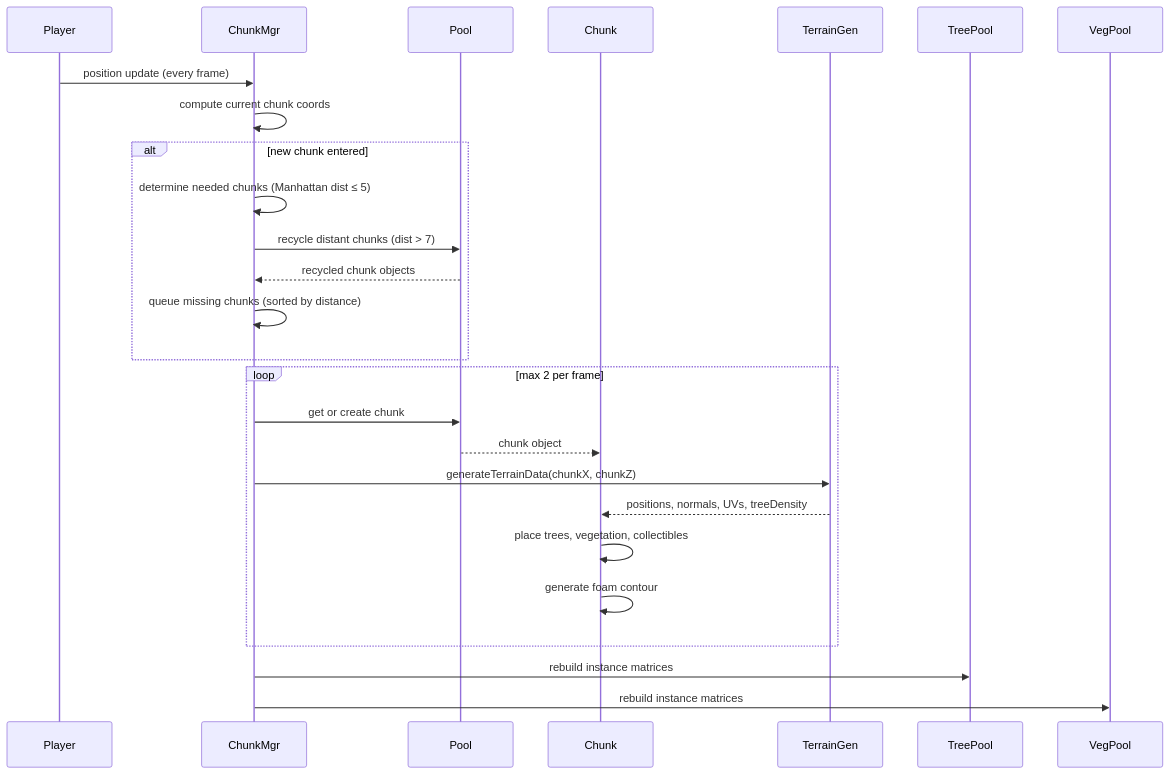
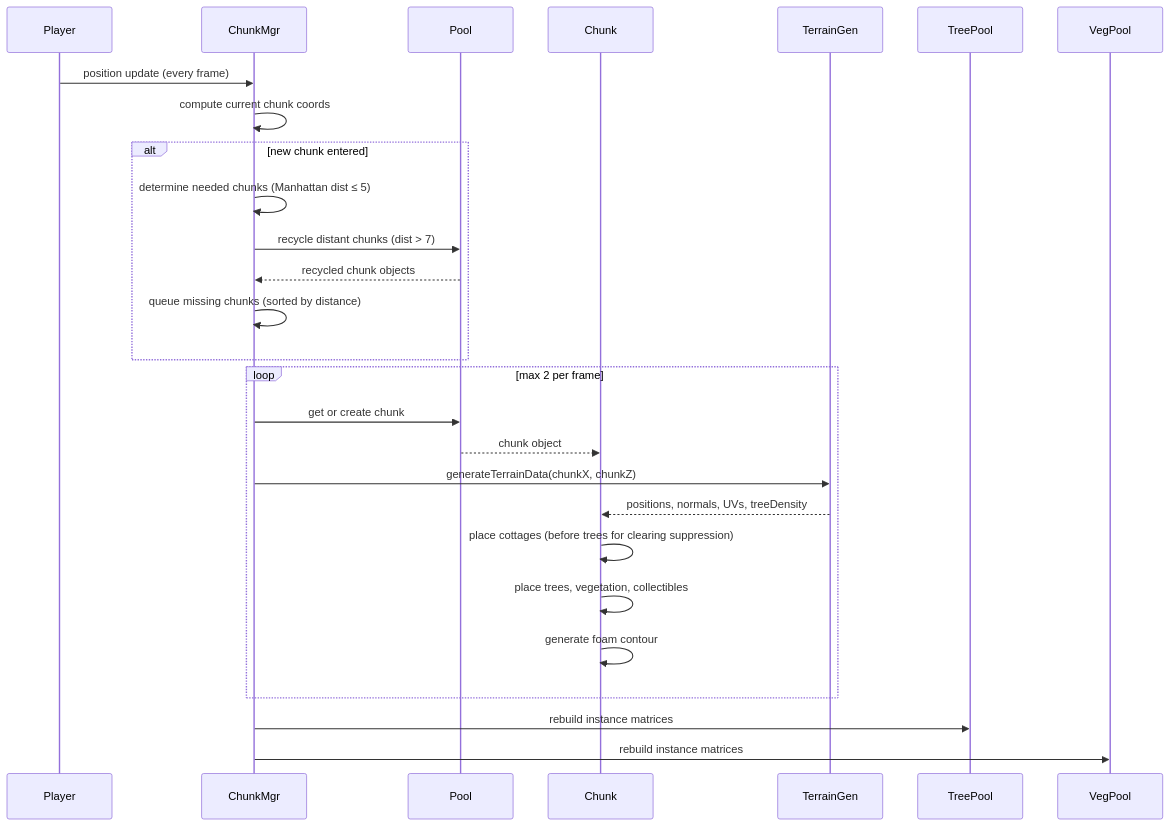
The fourth of 5 diagrams in specs/VF-ARCH.md (reality2-roycdavies/vr-forest), drawn with Mermaid before and after one commit. The commit also changed other lines of this file and 13 other files, not shown here.

````diff
--- a/specs/VF-ARCH.md
+++ b/specs/VF-ARCH.md
@@ -127,29 +131,30 @@
 ```mermaid
 sequenceDiagram
     participant Player
     participant ChunkMgr
     participant Pool
     participant Chunk
     participant TerrainGen
     participant TreePool
     participant VegPool
 
     Player->>ChunkMgr: position update (every frame)
     ChunkMgr->>ChunkMgr: compute current chunk coords
     alt new chunk entered
         ChunkMgr->>ChunkMgr: determine needed chunks (Manhattan dist ≤ 5)
         ChunkMgr->>Pool: recycle distant chunks (dist > 7)
         Pool-->>ChunkMgr: recycled chunk objects
         ChunkMgr->>ChunkMgr: queue missing chunks (sorted by distance)
     end
     loop max 2 per frame
         ChunkMgr->>Pool: get or create chunk
         Pool-->>Chunk: chunk object
         ChunkMgr->>TerrainGen: generateTerrainData(chunkX, chunkZ)
         TerrainGen-->>Chunk: positions, normals, UVs, treeDensity
+        Chunk->>Chunk: place cottages (before trees for clearing suppression)
         Chunk->>Chunk: place trees, vegetation, collectibles
         Chunk->>Chunk: generate foam contour
     end
     ChunkMgr->>TreePool: rebuild instance matrices
     ChunkMgr->>VegPool: rebuild instance matrices
 ```
````
